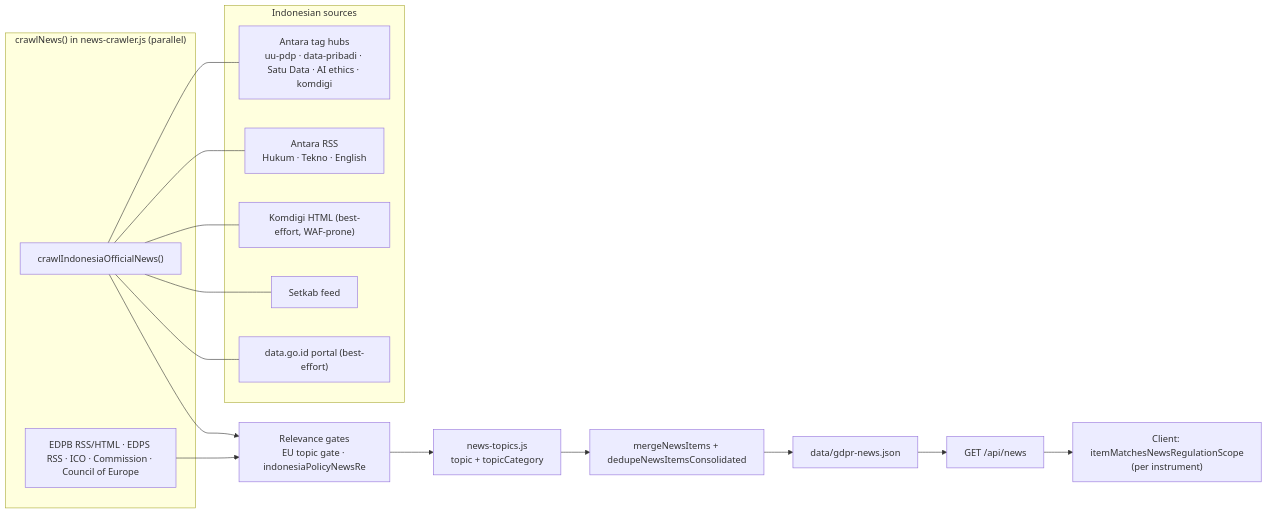
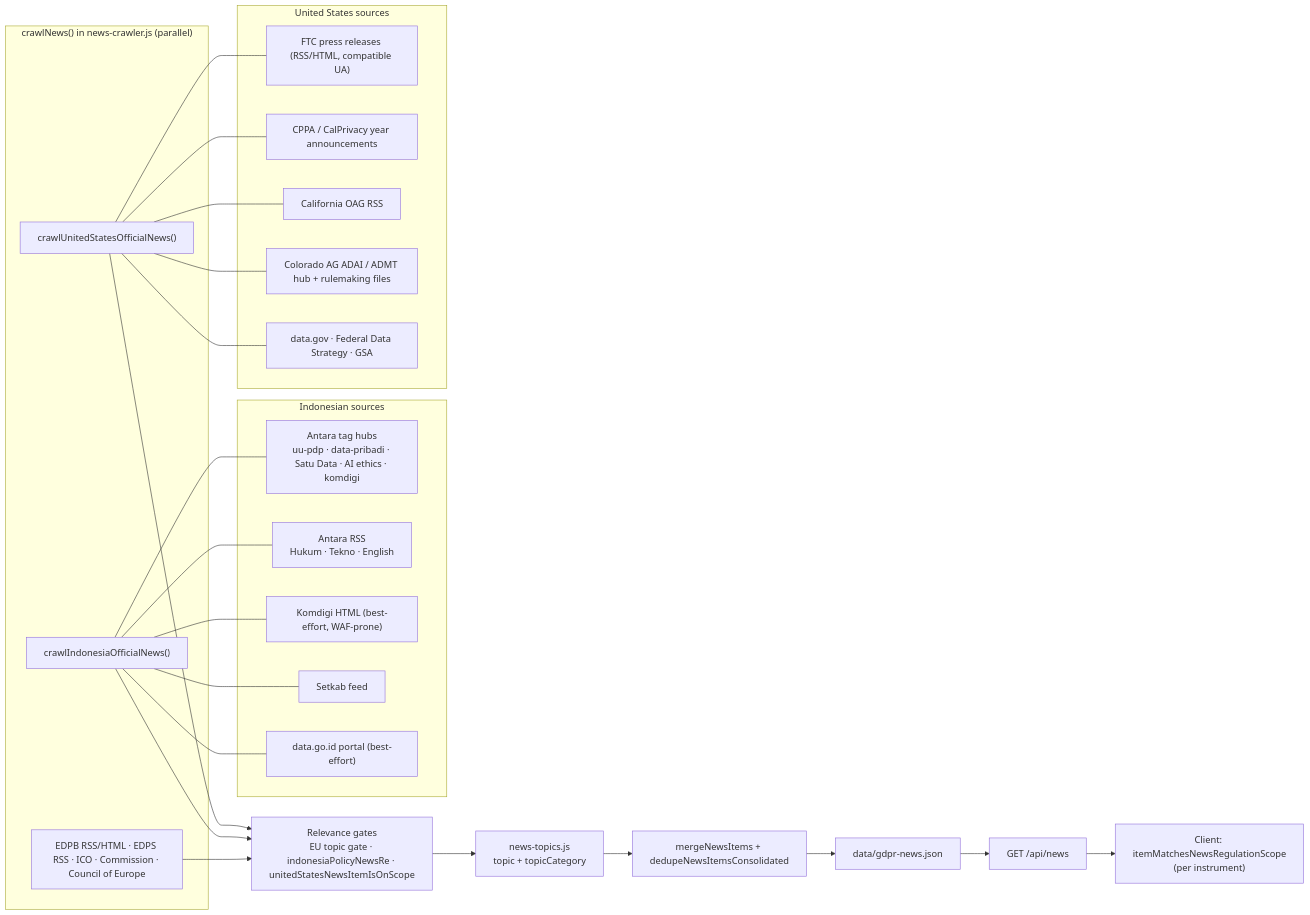
The seventh of 8 diagrams in docs/ARCHITECTURE.md (RifqiMT/gdpr-qa-platform), drawn with Mermaid before and after one commit. The commit also changed other lines of this file and 51 other files, not shown here.

````diff
--- a/docs/ARCHITECTURE.md
+++ b/docs/ARCHITECTURE.md
@@ -217,22 +243,32 @@
 ```mermaid
 flowchart LR
   subgraph crawl["crawlNews() in news-crawler.js (parallel)"]
     eu["EDPB RSS/HTML · EDPS RSS · ICO · Commission · Council of Europe"]
     ind["crawlIndonesiaOfficialNews()"]
+    usn["crawlUnitedStatesOfficialNews()"]
   end
   subgraph indDetail["Indonesian sources"]
     tags["Antara tag hubs\nuu-pdp · data-pribadi · Satu Data · AI ethics · komdigi"]
     rss["Antara RSS\nHukum · Tekno · English"]
     kom["Komdigi HTML (best-effort, WAF-prone)"]
     set["Setkab feed"]
     sd["data.go.id portal (best-effort)"]
   end
+  subgraph usDetail["United States sources"]
+    ftc["FTC press releases (RSS/HTML, compatible UA)"]
+    cppa["CPPA / CalPrivacy year announcements"]
+    oag["California OAG RSS"]
+    coag["Colorado AG ADAI / ADMT hub + rulemaking files"]
+    fds["data.gov · Federal Data Strategy · GSA"]
+  end
   ind --- tags & rss & kom & set & sd
+  usn --- ftc & cppa & oag & coag & fds
   eu --> gate
-  ind --> gate["Relevance gates\nEU topic gate · indonesiaPolicyNewsRe"]
+  ind --> gate["Relevance gates\nEU topic gate · indonesiaPolicyNewsRe · unitedStatesNewsItemIsOnScope"]
+  usn --> gate
   gate --> topics["news-topics.js\ntopic + topicCategory"]
   topics --> merge["mergeNewsItems + dedupeNewsItemsConsolidated"]
   merge --> file["data/gdpr-news.json"]
   file --> api["GET /api/news"]
   api --> client["Client: itemMatchesNewsRegulationScope\n(per instrument)"]
 ```
````
